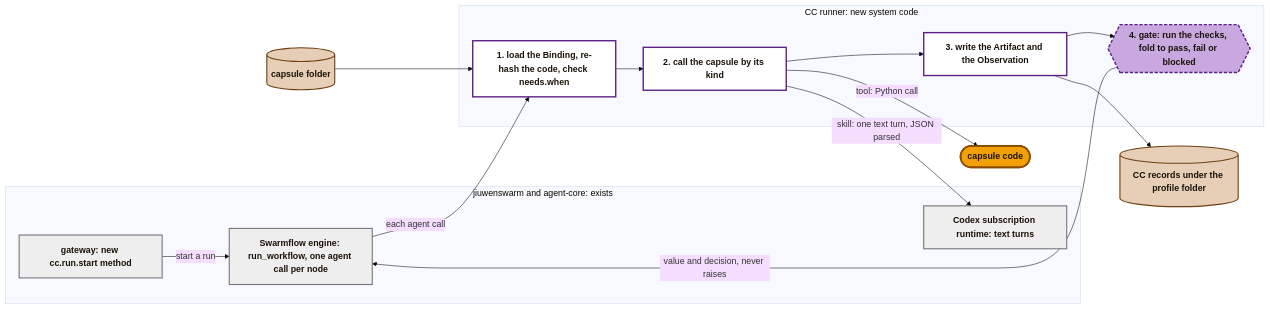
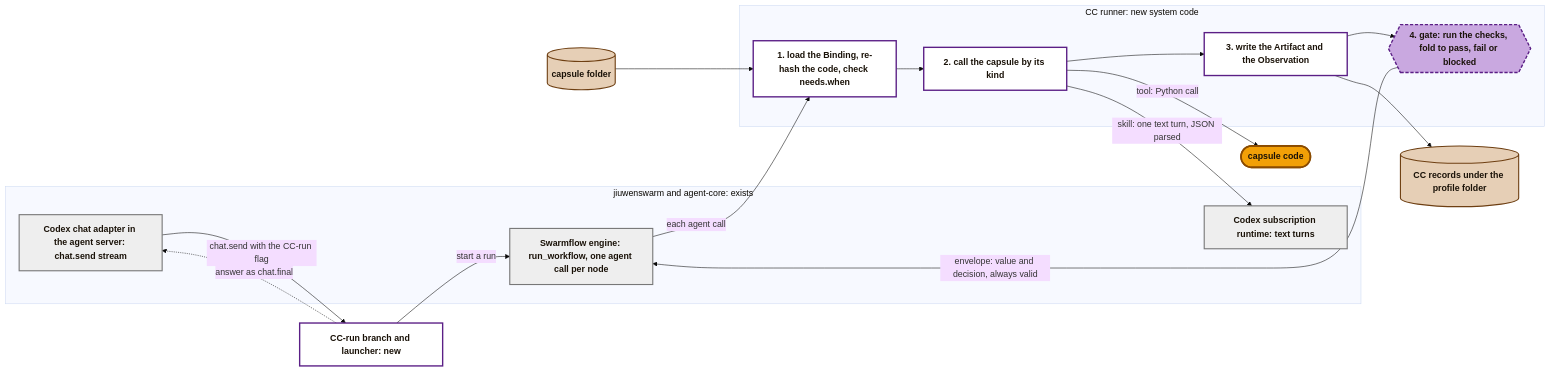
One commit to Stellven/jiuwenswarm changed the fifth of 7 diagrams in docs/architecture/b1-design.md. Above: the diagram before and after it, drawn with Mermaid (base theme). The commit also changed other lines of this file and 24 other files, not shown here.

Commit message:
Add core schemas and keep models out of the capsule layer

````diff
--- a/docs/architecture/b1-design.md
+++ b/docs/architecture/b1-design.md
@@ -178,32 +191,35 @@
 ```mermaid
 flowchart LR
     subgraph JS["jiuwenswarm and agent-core: exists"]
-        GW[gateway: new cc.run.start method]:::js
+        CXA[Codex chat adapter in the agent server: chat.send stream]:::js
         ENG[Swarmflow engine: run_workflow, one agent call per node]:::js
         CX[Codex subscription runtime: text turns]:::js
     end
+    LN[CC-run branch and launcher: new]:::ctrl
     subgraph RUN["CC runner: new system code"]
         PIN[1. load the Binding, re-hash the code, check needs.when]:::ctrl
         CALL[2. call the capsule by its kind]:::ctrl
         REC[3. write the Artifact and the Observation]:::ctrl
         GT{{4. gate: run the checks, fold to pass, fail or blocked}}:::gate
     end
     STORE[(capsule folder)]:::rec
     CAP([capsule code]):::cc
     RECS[(CC records under the profile folder)]:::rec
-    GW -->|start a run| ENG
+    CXA -->|chat.send with the CC-run flag| LN
+    LN -->|start a run| ENG
+    LN -.->|answer as chat.final| CXA
     ENG -->|each agent call| PIN
     STORE --> PIN
     PIN --> CALL
     CALL -->|skill: one text turn, JSON parsed| CX
     CALL -->|tool: Python call| CAP
     CALL --> REC
     REC --> RECS
     REC --> GT
-    GT -->|value and decision, never raises| ENG
+    GT -->|envelope: value and decision, always valid| ENG
     classDef js fill:#EEEEEE,stroke:#777777,stroke-width:2px,color:#1a1208,font-weight:bold
     classDef ctrl fill:#ffffff,stroke:#5B1F86,stroke-width:2.5px,color:#1a1208,font-weight:bold
     classDef gate fill:#C9A8E0,stroke:#5B1F86,stroke-width:2.5px,stroke-dasharray:6 3,color:#1a1208,font-weight:bold
     classDef cc fill:#F2A007,stroke:#8A4B00,stroke-width:3px,color:#1a1208,font-weight:bold
     classDef rec fill:#E6CFB6,stroke:#6E3F12,stroke-width:2px,color:#1a1208,font-weight:bold
 ```
````
